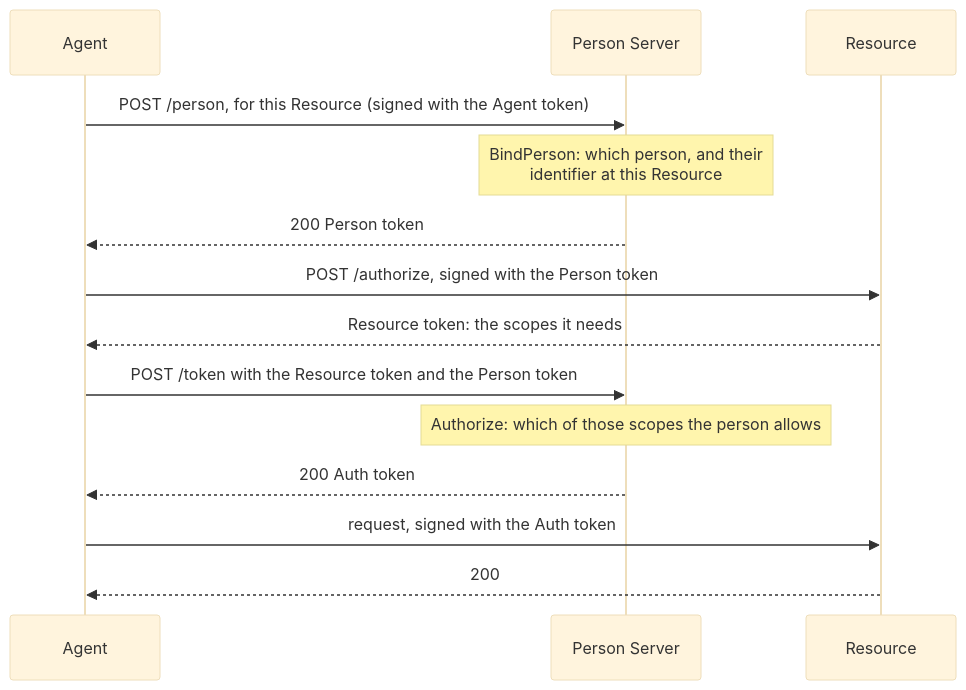
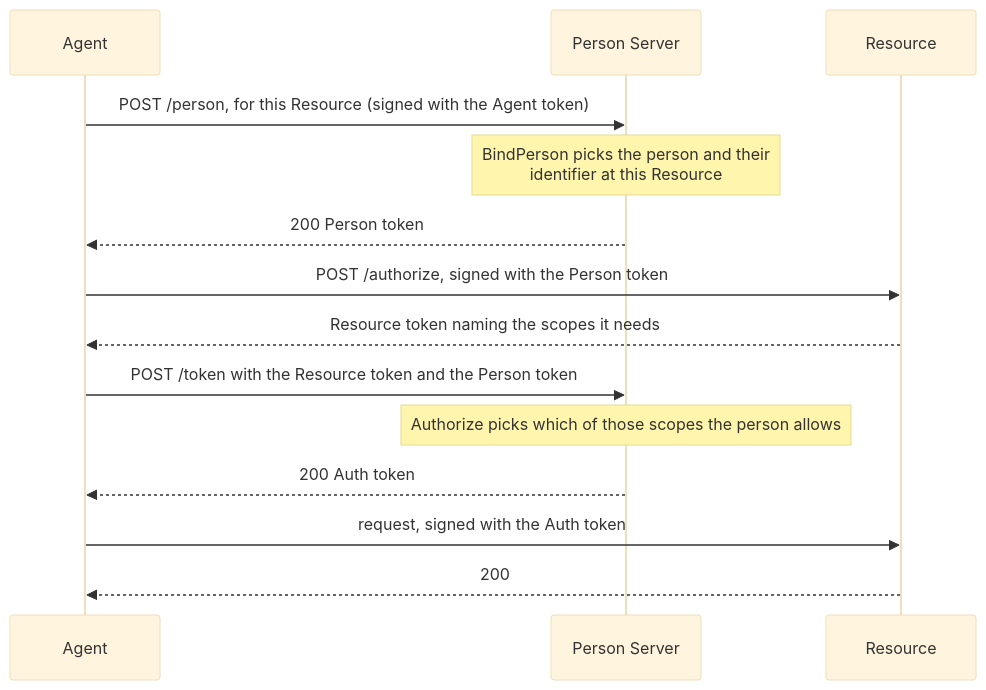
One commit to sidecat-dev/aauth-go changed the diagram in docs/roles/person-server.md. Above: the diagram before and after it, drawn with Mermaid (base theme). The commit also changed 14 other files, not shown here.

First line of the commit message:
docs: make every mermaid diagram render on GitLab

````diff
--- a/docs/roles/person-server.md
+++ b/docs/roles/person-server.md
@@ -19,16 +19,16 @@
 ```mermaid
 sequenceDiagram
     participant Agent
     participant PS as Person Server
     participant Resource
-    Agent->>PS: POST /person, for this Resource (signed with the Agent token)
-    Note over PS: BindPerson: which person, and their<br/>identifier at this Resource
-    PS-->>Agent: 200 Person token
-    Agent->>Resource: POST /authorize, signed with the Person token
-    Resource-->>Agent: Resource token: the scopes it needs
-    Agent->>PS: POST /token with the Resource token and the Person token
-    Note over PS: Authorize: which of those scopes the person allows
-    PS-->>Agent: 200 Auth token
-    Agent->>Resource: request, signed with the Auth token
-    Resource-->>Agent: 200
+    Agent->>PS : POST /person, for this Resource (signed with the Agent token)
+    Note over PS : BindPerson picks the person and their<br/>identifier at this Resource
+    PS-->>Agent : 200 Person token
+    Agent->>Resource : POST /authorize, signed with the Person token
+    Resource-->>Agent : Resource token naming the scopes it needs
+    Agent->>PS : POST /token with the Resource token and the Person token
+    Note over PS : Authorize picks which of those scopes the person allows
+    PS-->>Agent : 200 Auth token
+    Agent->>Resource : request, signed with the Auth token
+    Resource-->>Agent : 200
 ```
````
